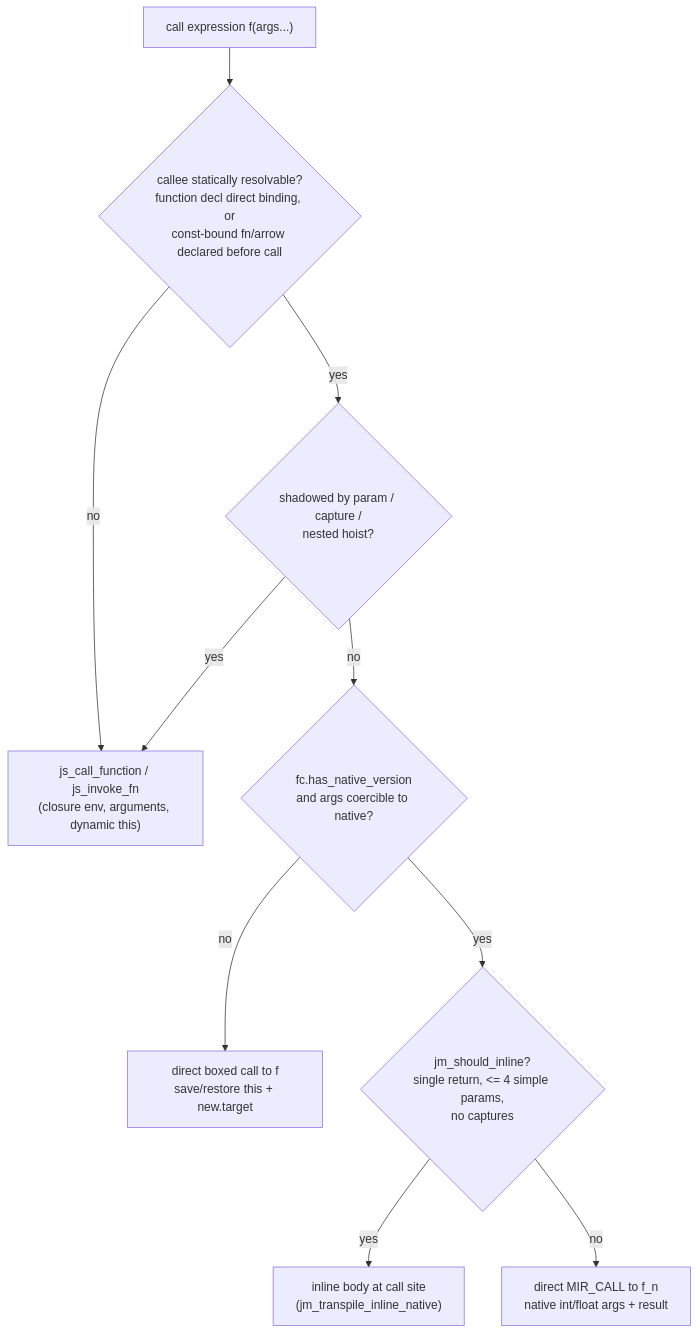
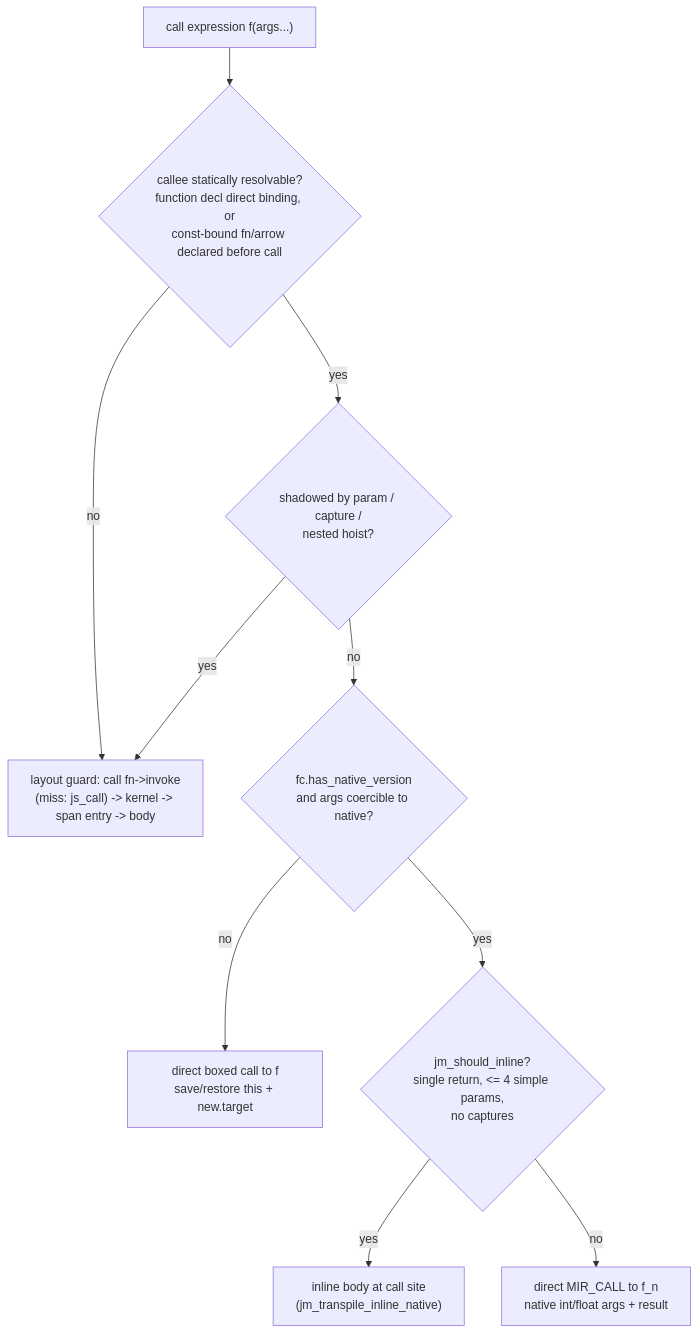
The diagram in doc/dev/js/diagram/d05_dual_version.mmd (henry-luo/lambda), drawn with Mermaid before and after one commit. The commit also changed 39 other files, not shown here.

```diff
--- a/doc/dev/js/diagram/d05_dual_version.mmd
+++ b/doc/dev/js/diagram/d05_dual_version.mmd
@@ -1,19 +1,19 @@
 flowchart TB
   CALL["call expression f(args...)"]
   RESOLVE{"callee statically resolvable?<br/>function decl direct binding, or<br/>const-bound fn/arrow declared before call"}
   SHADOW{"shadowed by param / capture /<br/>nested hoist?"}
   NATIVE{"fc.has_native_version<br/>and args coercible to native?"}
   INLINE{"jm_should_inline?<br/>single return, <= 4 simple params,<br/>no captures"}
   EMITINLINE["inline body at call site<br/>(jm_transpile_inline_native)"]
   EMITNATIVE["direct MIR_CALL to f_n<br/>native int/float args + result"]
   EMITBOXED["direct boxed call to f<br/>save/restore this + new.target"]
-  DYN["js_call_function / js_invoke_fn<br/>(closure env, arguments, dynamic this)"]
+  DYN["layout guard: call fn->invoke<br/>(miss: js_call) -> kernel -> span entry -> body"]
   CALL --> RESOLVE
   RESOLVE -->|no| DYN
   RESOLVE -->|yes| SHADOW
   SHADOW -->|yes| DYN
   SHADOW -->|no| NATIVE
   NATIVE -->|no| EMITBOXED
   NATIVE -->|yes| INLINE
   INLINE -->|yes| EMITINLINE
   INLINE -->|no| EMITNATIVE
```
